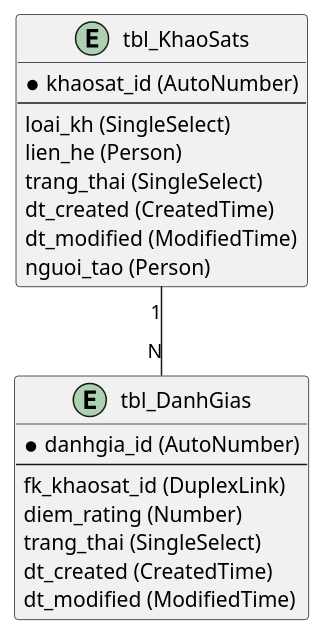
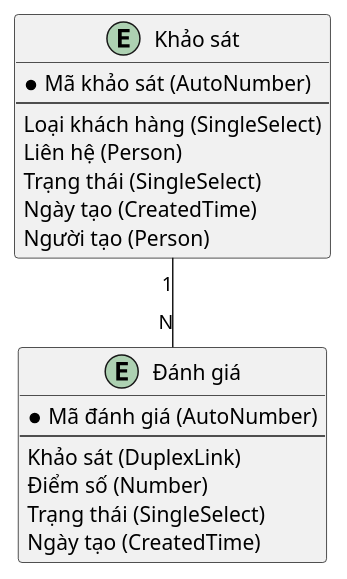
One commit to stevenguyen090/Knowledge-Lark-Consult changed the second of 3 diagrams in 04_Templates/Tpl_UML_Guide.md. Above: the diagram before and after it, drawn with PlantUML. The commit also changed 5 other files, not shown here.

```diff
--- a/04_Templates/Tpl_UML_Guide.md
+++ b/04_Templates/Tpl_UML_Guide.md
@@ -42,22 +42,20 @@
 @startuml
-entity "tbl_KhaoSats" as P_KhaoSat {
-  * khaosat_id (AutoNumber)
+entity "Khảo sát" as P_KhaoSat {
+  * Mã khảo sát (AutoNumber)
   --
-  loai_kh (SingleSelect)
-  lien_he (Person)
-  trang_thai (SingleSelect)
-  dt_created (CreatedTime)
-  dt_modified (ModifiedTime)
-  nguoi_tao (Person)
+  Loại khách hàng (SingleSelect)
+  Liên hệ (Person)
+  Trạng thái (SingleSelect)
+  Ngày tạo (CreatedTime)
+  Người tạo (Person)
 }
-entity "tbl_DanhGias" as P_DanhGia {
-  * danhgia_id (AutoNumber)
+entity "Đánh giá" as P_DanhGia {
+  * Mã đánh giá (AutoNumber)
   --
-  fk_khaosat_id (DuplexLink)
-  diem_rating (Number)
-  trang_thai (SingleSelect)
-  dt_created (CreatedTime)
-  dt_modified (ModifiedTime)
+  Khảo sát (DuplexLink)
+  Điểm số (Number)
+  Trạng thái (SingleSelect)
+  Ngày tạo (CreatedTime)
 }
 P_KhaoSat "1" -- "N" P_DanhGia
 @enduml
```
